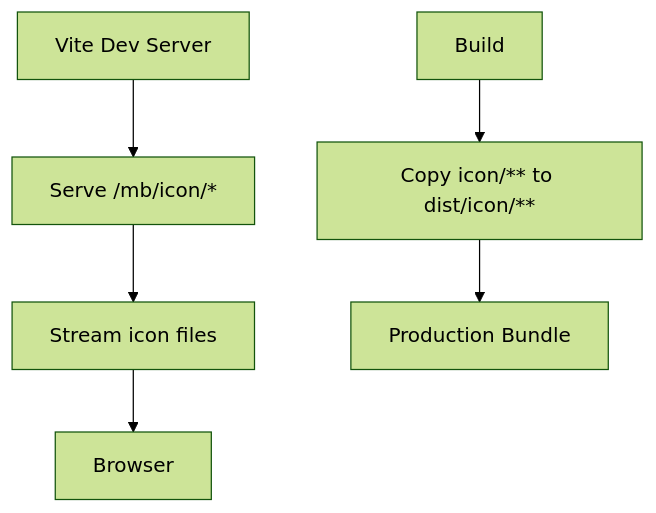
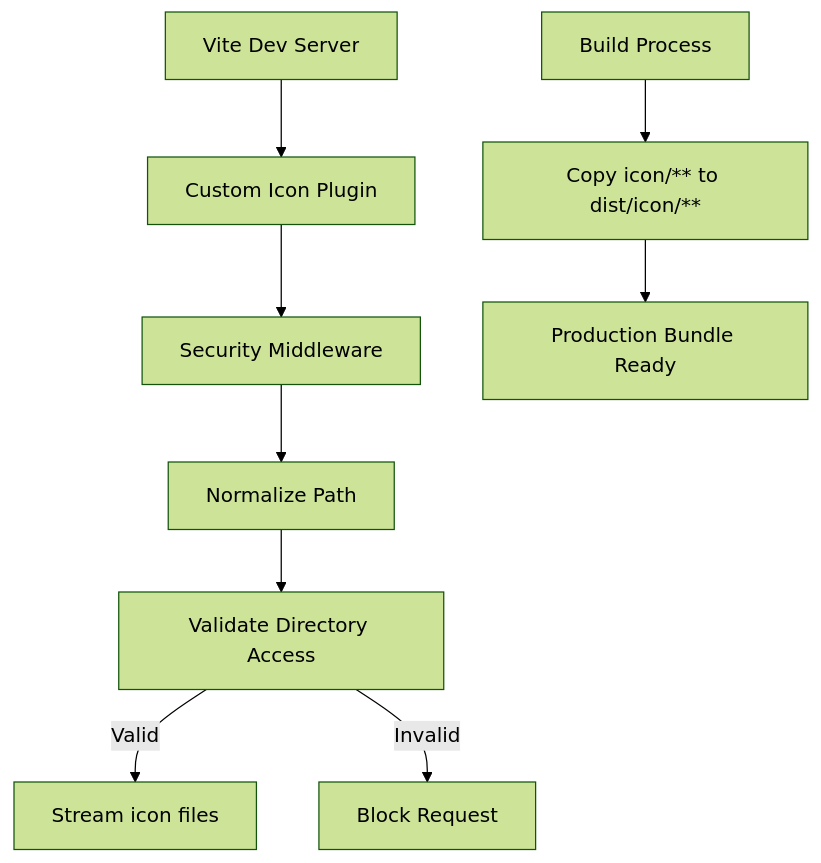
The seventh of 9 diagrams in .qoder/repowiki/en/content/Architecture Overview/Asset Management Architecture.md (satyrlord/mb), drawn with Mermaid (forest theme) before and after one commit. The commit also changed other lines of this file and 26 other files, not shown here.

````diff
--- a/.qoder/repowiki/en/content/Architecture Overview/Asset Management Architecture.md
+++ b/.qoder/repowiki/en/content/Architecture Overview/Asset Management Architecture.md
@@ -296,8 +328,11 @@
 ```mermaid
 flowchart TD
-DevStart["Vite Dev Server"] --> Middleware["Serve /mb/icon/*"]
-Middleware --> ServeIcon["Stream icon files"]
-Build["Build"] --> Copy["Copy icon/** to dist/icon/**"]
-ServeIcon --> DevEnd["Browser"]
-Copy --> ProdEnd["Production Bundle"]
+DevStart["Vite Dev Server"] --> IconPlugin["Custom Icon Plugin"]
+IconPlugin --> Security["Security Middleware"]
+Security --> Normalize["Normalize Path"]
+Normalize --> Validate["Validate Directory Access"]
+Validate --> |Valid| ServeIcon["Stream icon files"]
+Validate --> |Invalid| BlockReq["Block Request"]
+Build["Build Process"] --> Copy["Copy icon/** to dist/icon/**"]
+Copy --> DistReady["Production Bundle Ready"]
 ```
````
